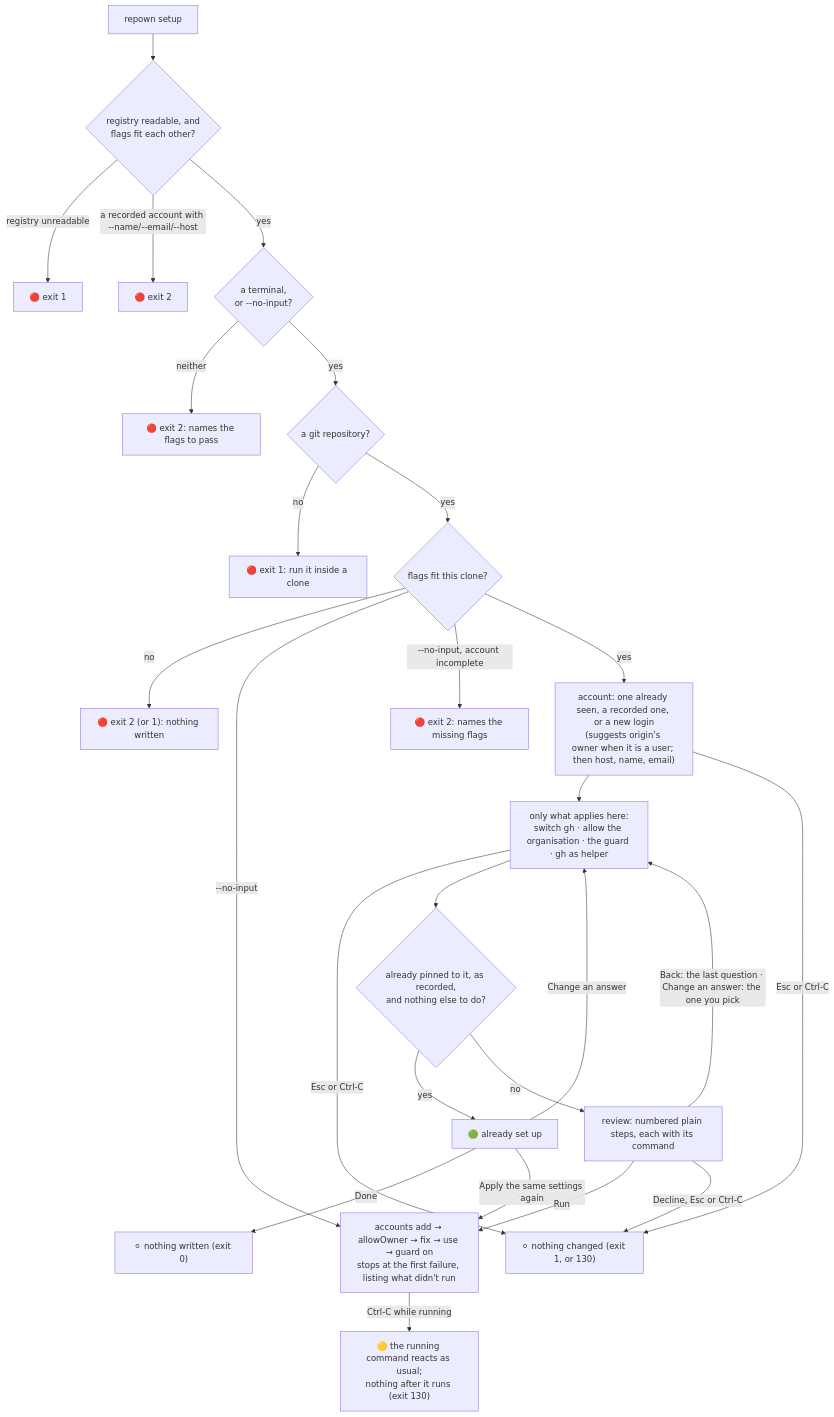
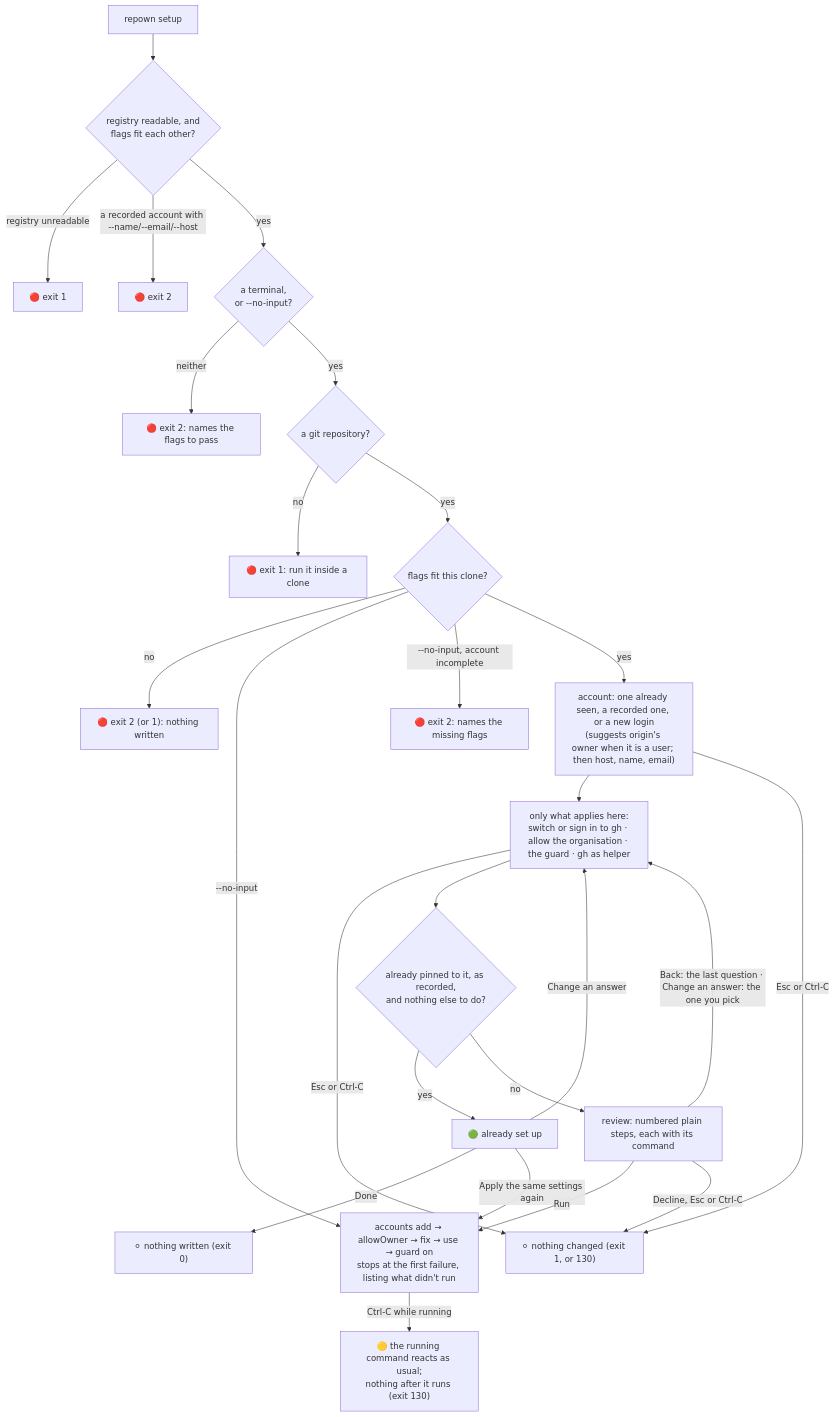
One commit to makubexD/repown changed the ninth of 9 diagrams in docs/HOW-IT-WORKS.md. Above: the diagram before and after it, drawn with Mermaid. The commit also changed other lines of this file and 15 other files, not shown here.

First line of the commit message:
Offer the gh sign-in in setup, and say what is left for gh

````diff
--- a/docs/HOW-IT-WORKS.md
+++ b/docs/HOW-IT-WORKS.md
@@ -512,28 +512,28 @@
 ```mermaid
 flowchart TD
   S[repown setup] --> G{"registry readable, and<br/>flags fit each other?"}
   G -->|registry unreadable| X0["🔴 exit 1"]
   G -->|a recorded account with --name/--email/--host| X4["🔴 exit 2"]
   G -->|yes| T{"a terminal,<br/>or --no-input?"}
   T -->|neither| X2["🔴 exit 2: names the flags to pass"]
   T -->|yes| R{"a git repository?"}
   R -->|no| X1["🔴 exit 1: run it inside a clone"]
   R -->|yes| F{"flags fit this clone?"}
   F -->|no| X3["🔴 exit 2 (or 1): nothing written"]
   F -->|--no-input| C
   F -->|--no-input, account incomplete| X5["🔴 exit 2: names the missing flags"]
   F -->|yes| A["account: one already seen, a recorded one, or a new login<br/>(suggests origin's owner when it is a user; then host, name, email)"]
-  A --> Q["only what applies here:<br/>switch gh · allow the organisation · the guard · gh as helper"]
+  A --> Q["only what applies here:<br/>switch or sign in to gh · allow the organisation · the guard · gh as helper"]
   A -->|Esc or Ctrl-C| N
   Q -->|Esc or Ctrl-C| N
   Q --> K{"already pinned to it, as recorded,<br/>and nothing else to do?"}
   K -->|yes| D["🟢 already set up"]
   D -->|Done| DN["⚪ nothing written (exit 0)"]
   D -->|Apply the same settings again| C
   D -->|Change an answer| Q
   K -->|no| V["review: numbered plain steps, each with its command"]
   V -->|Run| C["accounts add → allowOwner → fix → use → guard on<br/>stops at the first failure, listing what didn't run"]
   V -->|"Back: the last question · Change an answer: the one you pick"| Q
   V -->|Decline, Esc or Ctrl-C| N["⚪ nothing changed (exit 1, or 130)"]
   C -->|Ctrl-C while running| I["🟡 the running command reacts as usual;<br/>nothing after it runs (exit 130)"]
 ```
````
